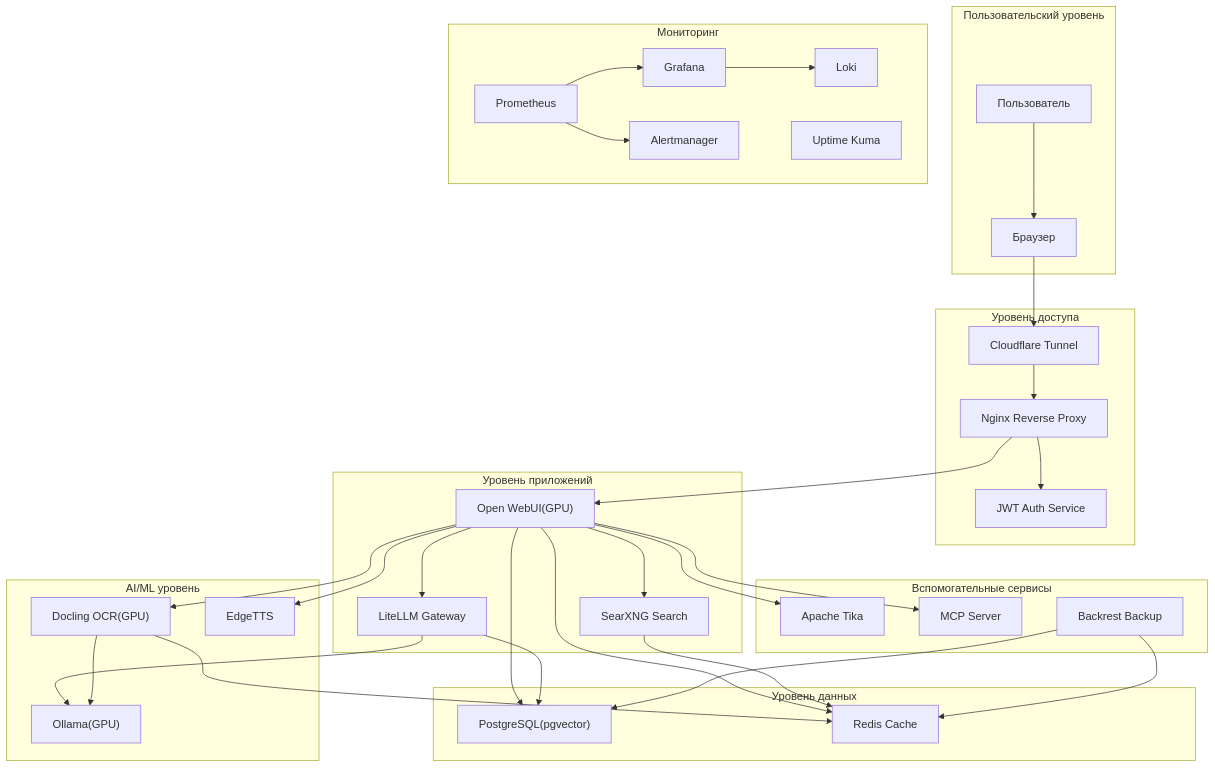
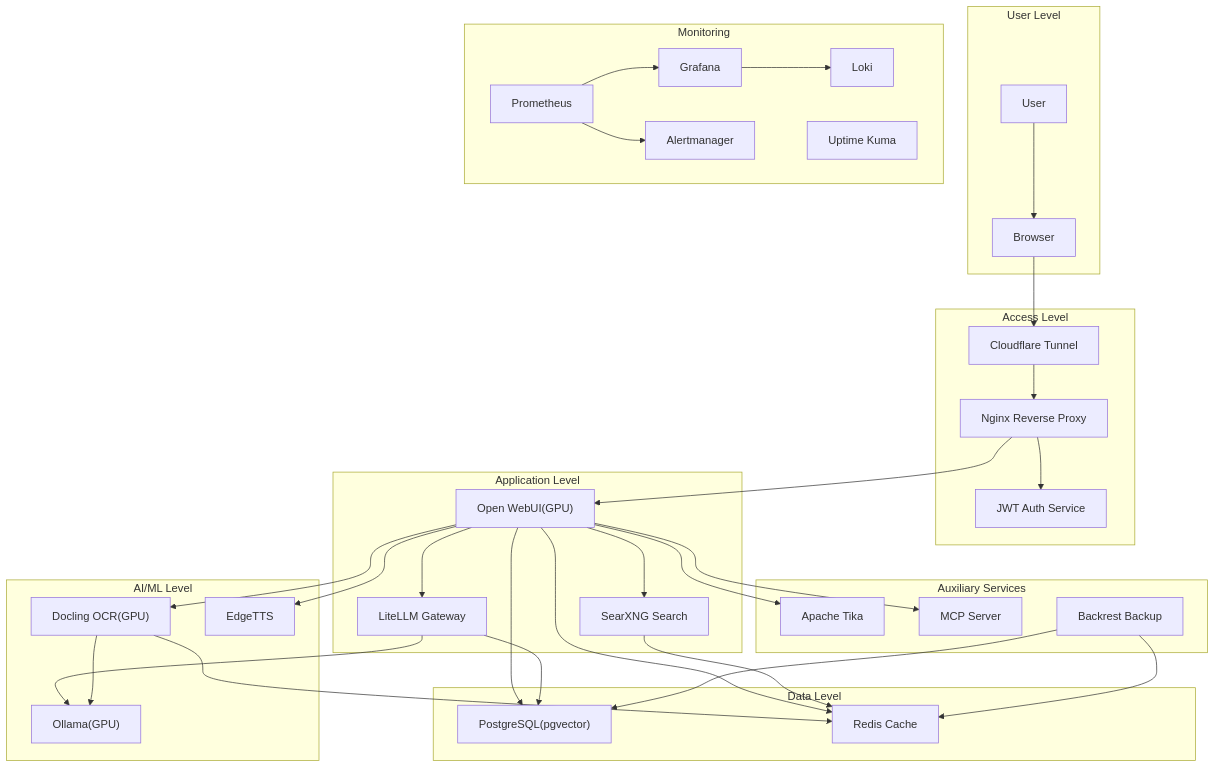
Before and after one commit to DIZ-admin/erni-ki: the diagram in docs/architecture/diagrams/architecture-overview.md, drawn with Mermaid. The commit also changed other lines of this file and 61 other files, not shown here.

````diff
--- a/docs/architecture/diagrams/architecture-overview.md
+++ b/docs/architecture/diagrams/architecture-overview.md
@@ -12,75 +12,75 @@
 ```mermaid
 graph TB
-    subgraph User_Level["Пользовательский уровень"]
-        User["Пользователь"]
-        Browser["Браузер"]
+    subgraph User_Level["User Level"]
+        User["User"]
+        Browser["Browser"]
     end
 
-    subgraph Access_Level["Уровень доступа"]
+    subgraph Access_Level["Access Level"]
         CF["Cloudflare Tunnel"]
         Nginx["Nginx Reverse Proxy"]
         Auth["JWT Auth Service"]
     end
 
-    subgraph App_Level["Уровень приложений"]
+    subgraph App_Level["Application Level"]
         OpenWebUI["Open WebUI#40;GPU#41;"]
         LiteLLM["LiteLLM Gateway"]
         SearXNG["SearXNG Search"]
     end
 
-    subgraph AI_Level["AI/ML уровень"]
+    subgraph AI_Level["AI/ML Level"]
         Ollama["Ollama#40;GPU#41;"]
         Docling["Docling OCR#40;GPU#41;"]
         EdgeTTS["EdgeTTS"]
     end
 
-    subgraph Data_Level["Уровень данных"]
+    subgraph Data_Level["Data Level"]
         PostgreSQL["PostgreSQL#40;pgvector#41;"]
         Redis["Redis Cache"]
     end
 
-    subgraph Aux_Services["Вспомогательные сервисы"]
+    subgraph Aux_Services["Auxiliary Services"]
         Tika["Apache Tika"]
         MCP["MCP Server"]
         Backrest["Backrest Backup"]
     end
 
-    subgraph Monitoring["Мониторинг"]
+    subgraph Monitoring["Monitoring"]
         Prometheus["Prometheus"]
         Grafana["Grafana"]
         Loki["Loki"]
         Alertmanager["Alertmanager"]
         UptimeKuma["Uptime Kuma"]
     end
 
     User --> Browser
     Browser --> CF
     CF --> Nginx
     Nginx --> Auth
     Nginx --> OpenWebUI
 
     OpenWebUI --> LiteLLM
     OpenWebUI --> SearXNG
     OpenWebUI --> PostgreSQL
     OpenWebUI --> Redis
     OpenWebUI --> Docling
 
     LiteLLM --> Ollama
     LiteLLM --> PostgreSQL
 
     Docling --> Ollama
     Docling --> Redis
 
     SearXNG --> Redis
 
     OpenWebUI --> Tika
     OpenWebUI --> MCP
     OpenWebUI --> EdgeTTS
 
     Backrest --> PostgreSQL
     Backrest --> Redis
 
     Prometheus --> Grafana
     Prometheus --> Alertmanager
     Grafana --> Loki
 ```
````
